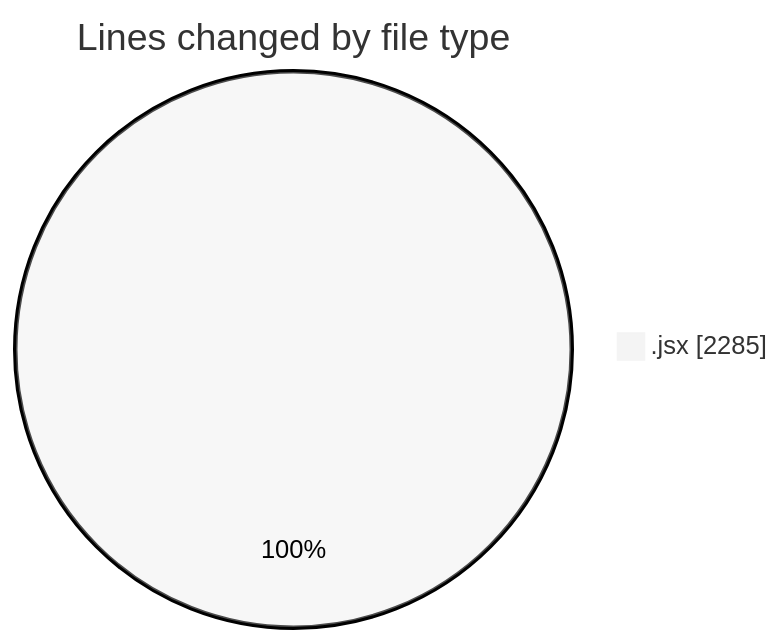
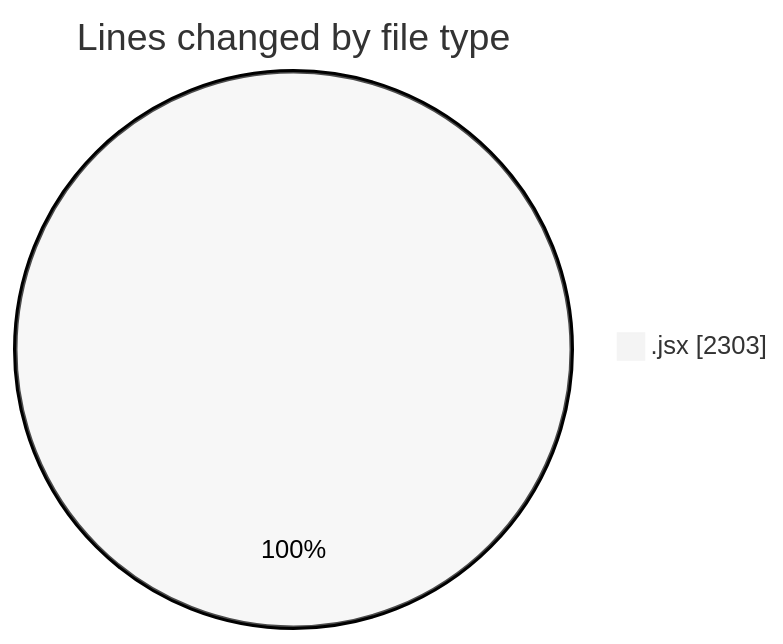
One commit to nxtqubesakshisongat/code-tracking changed the first of 2 diagrams in 2025-08-01/nxtqube_webapp/README.md. Above: the diagram before and after it, drawn with Mermaid (neutral theme). The commit also changed other lines of this file and 1 other file, not shown here.

````diff
--- a/2025-08-01/nxtqube_webapp/README.md
+++ b/2025-08-01/nxtqube_webapp/README.md
@@ -26,5 +26,5 @@
 ```mermaid
 pie showData
 title Lines changed by file type
-".jsx" : 2285
+".jsx" : 2303
 ```
````
